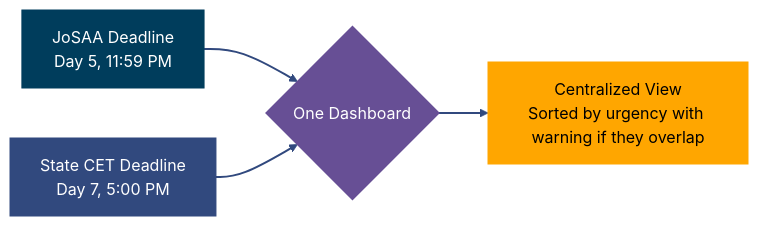
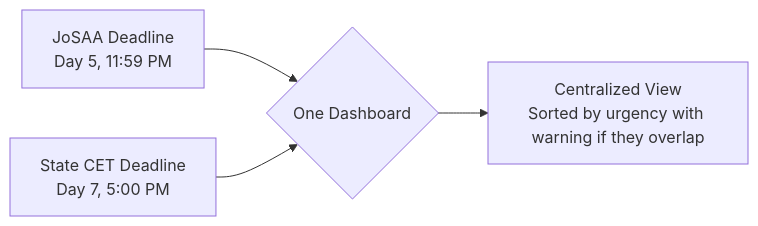
Before and after one commit to aashrutsharma/whitepaper: the second of 3 diagrams in the-problem/what-superadmission-actually-changes.mdx, drawn with Mermaid. The commit also changed other lines of this file and 16 other files, not shown here.

````diff
--- a/the-problem/what-superadmission-actually-changes.mdx
+++ b/the-problem/what-superadmission-actually-changes.mdx
@@ -99,24 +81,7 @@
 ```mermaid
-%%{init: {
-  'theme': 'base',
-  'themeVariables': {
-    'background': 'transparent',
-    'fontFamily': 'ui-sans-serif, system-ui, -apple-system, sans-serif',
-    'lineColor': '#31497e',
-    'edgeLabelBackground': '#ffffff'
-  }
-}}%%
+
 flowchart LR
     A["JoSAA Deadline<br>Day 5, 11:59 PM"] --> C{" One Dashboard"}
     B[" State CET Deadline<br>Day 7, 5:00 PM"] --> C
     C --> D["Centralized View<br>Sorted by urgency with warning if they overlap"]
-
-    %% Node Styling
-    style A fill:#003d5c,stroke:#003d5c,color:#ffffff,stroke-width:1px
-    style B fill:#31497e,stroke:#31497e,color:#ffffff,stroke-width:1px
-    style C fill:#674f95,stroke:#674f95,color:#ffffff,stroke-width:2px
-    style D fill:#ffa600,stroke:#ffa600,color:#000000,stroke-width:1px
-
-    %% Link Styling
-    linkStyle 0,1,2 stroke:#31497e,stroke-width:2px
 ```
````
